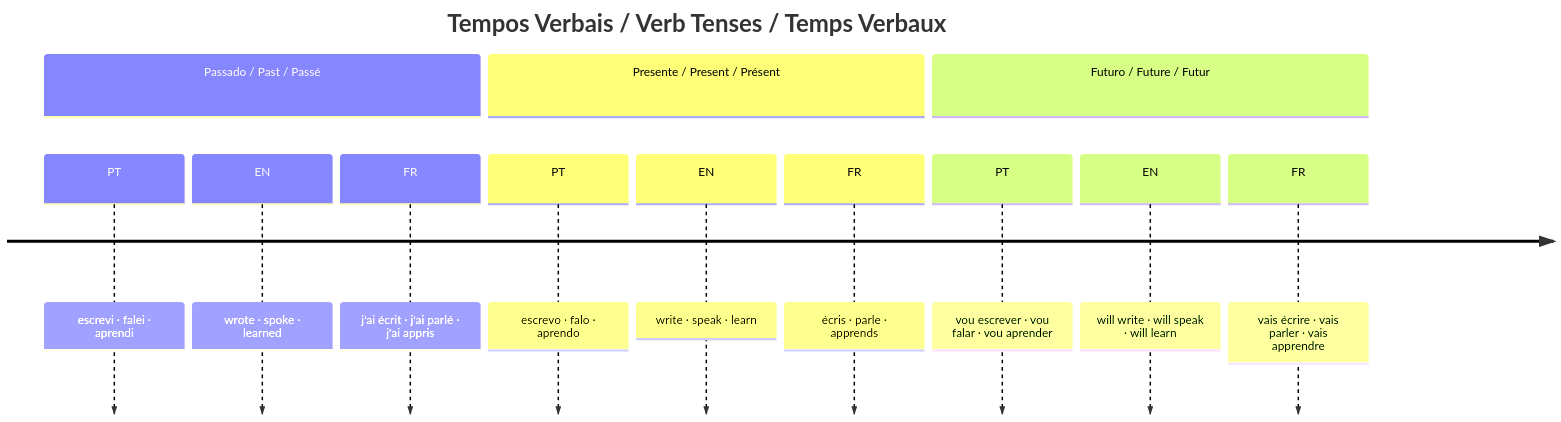
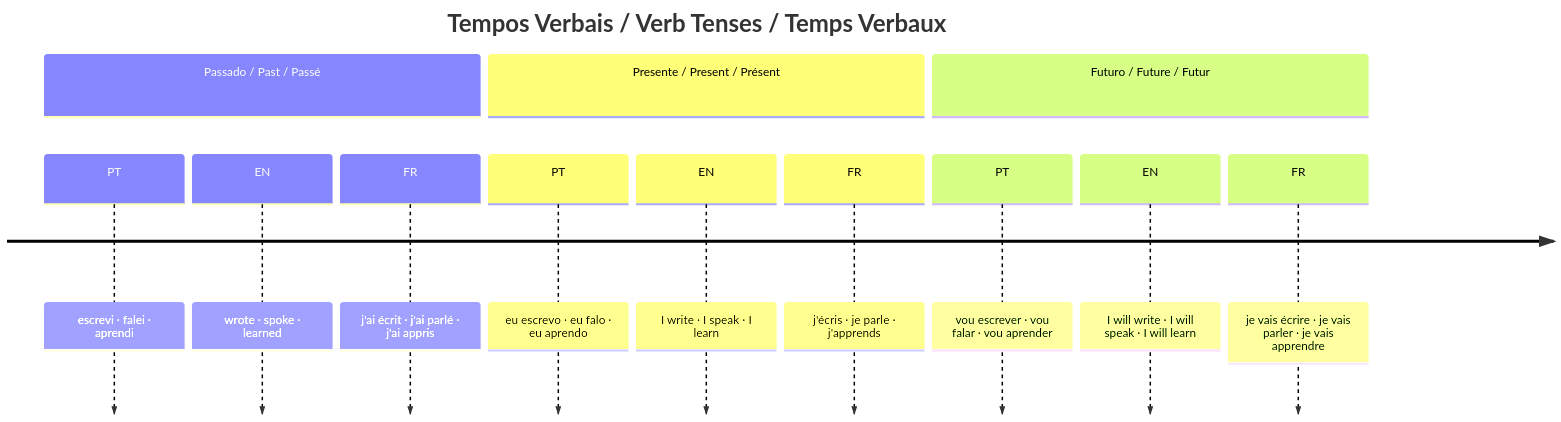
Before and after one commit to GladistoneSouza/mult_lang: the first of 2 diagrams in grammar/01-verb-tenses.md, drawn with Mermaid. The commit also changed other lines of this file and 1 other file, not shown here.

Commit message:
fix: add irregular verb diagram, fix FR pronouns, fix le lundi, remove duplicate mistakes

````diff
--- a/grammar/01-verb-tenses.md
+++ b/grammar/01-verb-tenses.md
@@ -5,16 +5,16 @@
 ```mermaid
 timeline
     title Tempos Verbais / Verb Tenses / Temps Verbaux
     section Passado / Past / Passé
         PT : escrevi · falei · aprendi
         EN : wrote · spoke · learned
         FR : j'ai écrit · j'ai parlé · j'ai appris
     section Presente / Present / Présent
-        PT : escrevo · falo · aprendo
-        EN : write · speak · learn
-        FR : écris · parle · apprends
+        PT : eu escrevo · eu falo · eu aprendo
+        EN : I write · I speak · I learn
+        FR : j'écris · je parle · j'apprends
     section Futuro / Future / Futur
         PT : vou escrever · vou falar · vou aprender
-        EN : will write · will speak · will learn
-        FR : vais écrire · vais parler · vais apprendre
+        EN : I will write · I will speak · I will learn
+        FR : je vais écrire · je vais parler · je vais apprendre
 ```
````
